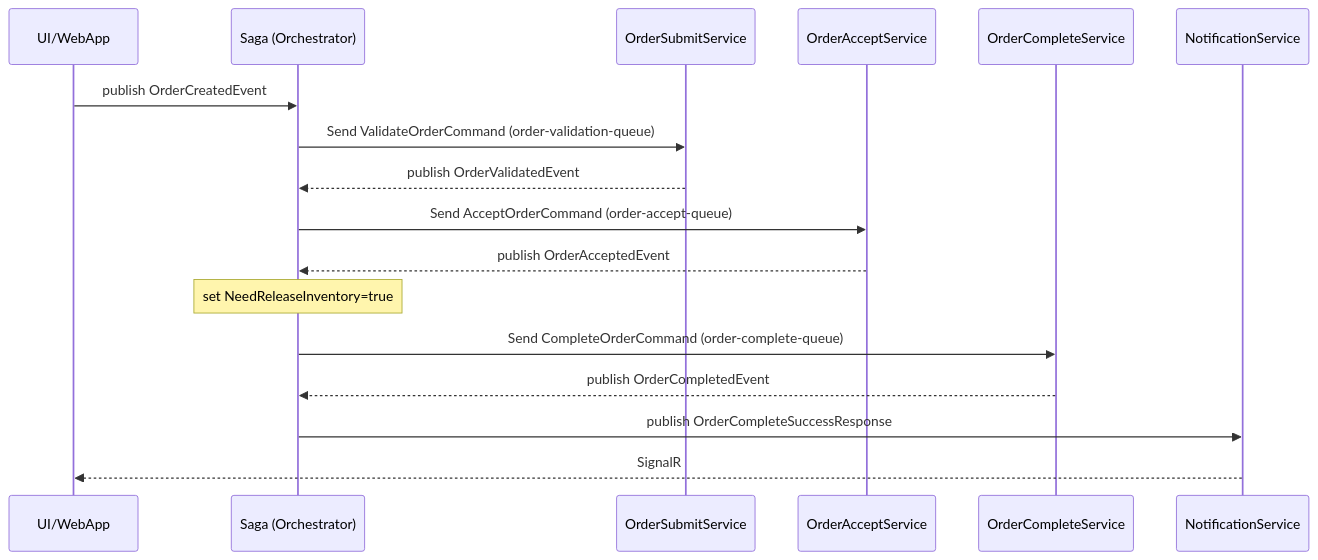
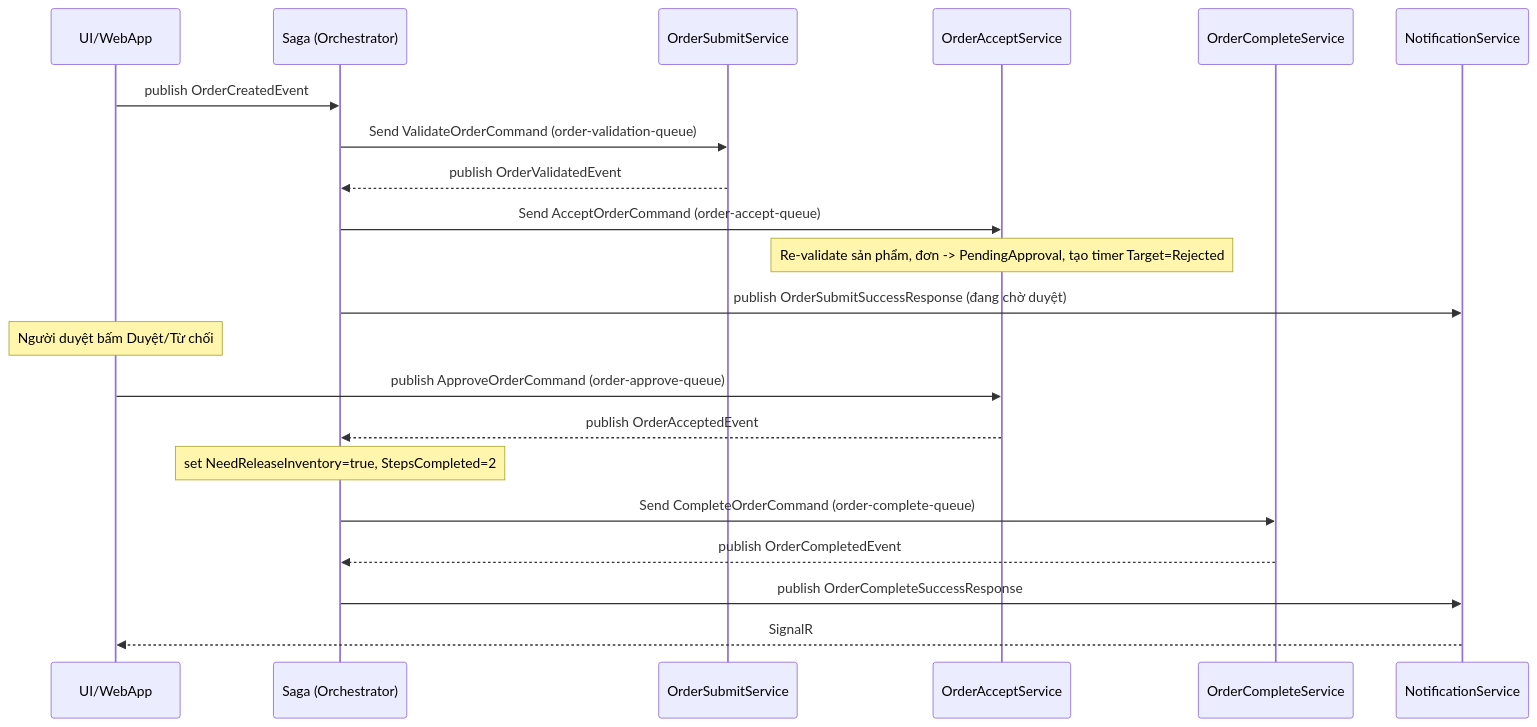
One commit to NgPhucs2375/Saga-MAT changed the first of 4 diagrams in Saga-flow.md. Above: the diagram before and after it, drawn with Mermaid. The commit also changed other lines of this file and 115 other files, not shown here.

````diff
--- a/Saga-flow.md
+++ b/Saga-flow.md
@@ -5,20 +5,24 @@
 ```mermaid
 sequenceDiagram
     participant UI as UI/WebApp
     participant S as Saga (Orchestrator)
     participant Sub as OrderSubmitService
-    participant Acc as OrderAcceptService
+    participant Accept as OrderAcceptService
     participant Com as OrderCompleteService
     participant Noti as NotificationService
 
     UI->>S: publish OrderCreatedEvent
     S->>Sub: Send ValidateOrderCommand (order-validation-queue)
     Sub-->>S: publish OrderValidatedEvent
-    S->>Acc: Send AcceptOrderCommand (order-accept-queue)
-    Acc-->>S: publish OrderAcceptedEvent
-    Note over S: set NeedReleaseInventory=true
+    S->>Accept: Send AcceptOrderCommand (order-accept-queue)
+    Note over Accept: Re-validate sản phẩm, đơn -> PendingApproval, tạo timer Target=Rejected
+    S->>Noti: publish OrderSubmitSuccessResponse (đang chờ duyệt)
+    Note over UI: Người duyệt bấm Duyệt/Từ chối
+    UI->>Accept: publish ApproveOrderCommand (order-approve-queue)
+    Accept-->>S: publish OrderAcceptedEvent
+    Note over S: set NeedReleaseInventory=true, StepsCompleted=2
     S->>Com: Send CompleteOrderCommand (order-complete-queue)
     Com-->>S: publish OrderCompletedEvent
     S->>Noti: publish OrderCompleteSuccessResponse
     Noti-->>UI: SignalR
 ```
````
